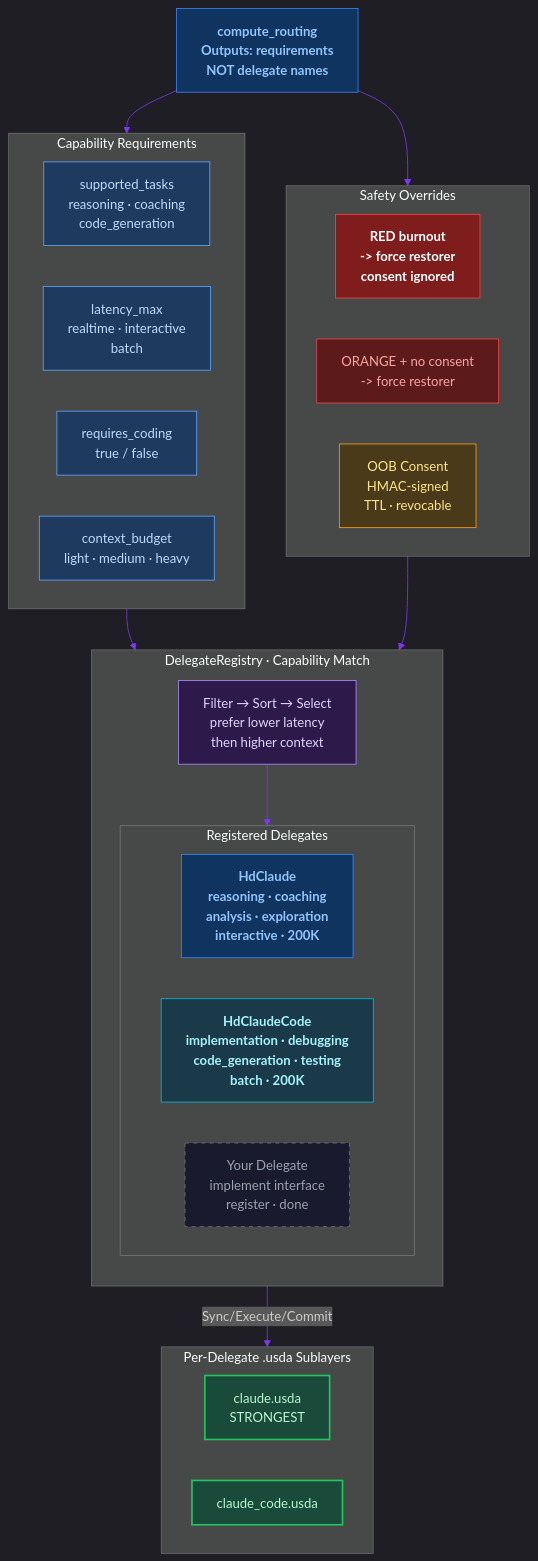
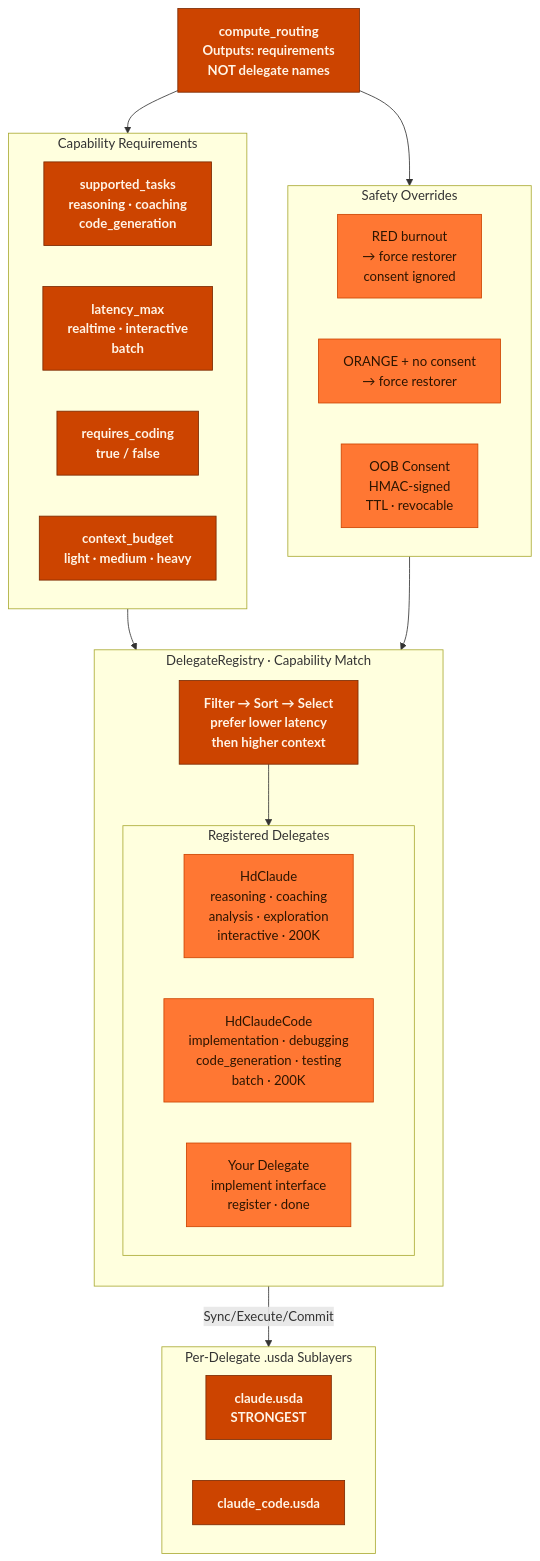
One commit to JosephOIbrahim/Harlo changed the tenth of 11 diagrams in README.md. Above: the diagram before and after it, drawn with Mermaid. The commit also changed other lines of this file, not shown here.

First line of the commit message:
docs(readme): full v6.0-MOTOR refresh + two-tone-orange mermaid palette

````diff
--- a/README.md
+++ b/README.md
@@ -381,56 +514,47 @@
 ```mermaid
-%%{init: {'theme': 'dark', 'themeVariables': {'primaryColor': '#1a1a2e', 'primaryTextColor': '#e0e0e0', 'primaryBorderColor': '#7c3aed', 'lineColor': '#7c3aed'}}}%%
 graph TB
-    ROUTING["compute_routing\nOutputs: requirements\nNOT delegate names"]:::route
+    ROUTING["compute_routing<br/>Outputs: requirements<br/>NOT delegate names"]:::substrate
 
     subgraph REQUIREMENTS["Capability Requirements"]
         direction LR
-        REQ_TASKS["supported_tasks\nreasoning · coaching\ncode_generation"]:::req
-        REQ_LATENCY["latency_max\nrealtime · interactive\nbatch"]:::req
-        REQ_CODING["requires_coding\ntrue / false"]:::req
-        REQ_CTX["context_budget\nlight · medium · heavy"]:::req
+        REQ_TASKS["supported_tasks<br/>reasoning · coaching<br/>code_generation"]:::substrate
+        REQ_LATENCY["latency_max<br/>realtime · interactive<br/>batch"]:::substrate
+        REQ_CODING["requires_coding<br/>true / false"]:::substrate
+        REQ_CTX["context_budget<br/>light · medium · heavy"]:::substrate
     end
 
     subgraph SAFETY["Safety Overrides"]
         direction LR
-        RED["RED burnout\n-> force restorer\nconsent ignored"]:::red
-        ORANGE["ORANGE + no consent\n-> force restorer"]:::orange
-        CONSENT["OOB Consent\nHMAC-signed\nTTL · revocable"]:::consent
+        RED["RED burnout<br/>→ force restorer<br/>consent ignored"]:::runtime
+        ORANGE["ORANGE + no consent<br/>→ force restorer"]:::runtime
+        CONSENT["OOB Consent<br/>HMAC-signed<br/>TTL · revocable"]:::runtime
     end
 
     subgraph REGISTRY["DelegateRegistry · Capability Match"]
         direction TB
-        MATCH["Filter → Sort → Select\nprefer lower latency\nthen higher context"]:::registry
+        MATCH["Filter → Sort → Select<br/>prefer lower latency<br/>then higher context"]:::substrate
 
         subgraph DELEGATES["Registered Delegates"]
             direction LR
-            CLAUDE["HdClaude\nreasoning · coaching\nanalysis · exploration\ninteractive · 200K"]:::claude
-            CODE["HdClaudeCode\nimplementation · debugging\ncode_generation · testing\nbatch · 200K"]:::code
-            FUTURE["Your Delegate\nimplement interface\nregister · done"]:::future
+            CLAUDE["HdClaude<br/>reasoning · coaching<br/>analysis · exploration<br/>interactive · 200K"]:::runtime
+            CODE["HdClaudeCode<br/>implementation · debugging<br/>code_generation · testing<br/>batch · 200K"]:::runtime
+            FUTURE["Your Delegate<br/>implement interface<br/>register · done"]:::runtime
         end
     end
 
     subgraph SUBLAYERS["Per-Delegate .usda Sublayers"]
         direction LR
-        SUB_C["claude.usda\nSTRONGEST"]:::sub
-        SUB_CC["claude_code.usda"]:::sub
+        SUB_C["claude.usda<br/>STRONGEST"]:::substrate
+        SUB_CC["claude_code.usda"]:::substrate
     end
 
     ROUTING --> REQUIREMENTS
     ROUTING --> SAFETY
     REQUIREMENTS --> REGISTRY
     SAFETY --> REGISTRY
     MATCH --> DELEGATES
     DELEGATES -->|"Sync/Execute/Commit"| SUBLAYERS
 
-    classDef route fill:#0f3460,stroke:#3b82f6,color:#93c5fd,font-weight:bold
-    classDef req fill:#1e3a5f,stroke:#60a5fa,color:#bfdbfe
-    classDef red fill:#7f1d1d,stroke:#ef4444,color:#fff,font-weight:bold
-    classDef orange fill:#5c1a1a,stroke:#ef4444,color:#fca5a5
-    classDef consent fill:#4a3a1a,stroke:#f59e0b,color:#fde68a
-    classDef registry fill:#2e1a4a,stroke:#a78bfa,color:#ddd6fe
-    classDef claude fill:#0f3460,stroke:#3b82f6,color:#93c5fd,font-weight:bold
-    classDef code fill:#1a3a4a,stroke:#06b6d4,color:#a5f3fc,font-weight:bold
-    classDef future fill:#1a1a2e,stroke:#6b7280,color:#9ca3af,stroke-dasharray: 5 5
-    classDef sub fill:#1a4a3a,stroke:#22c55e,color:#bbf7d0,stroke-width:2px
+    classDef substrate fill:#CC4400,stroke:#7A2900,color:#FFF4E6,font-weight:bold
+    classDef runtime fill:#FF7733,stroke:#CC4400,color:#2D1500
 ```
````
